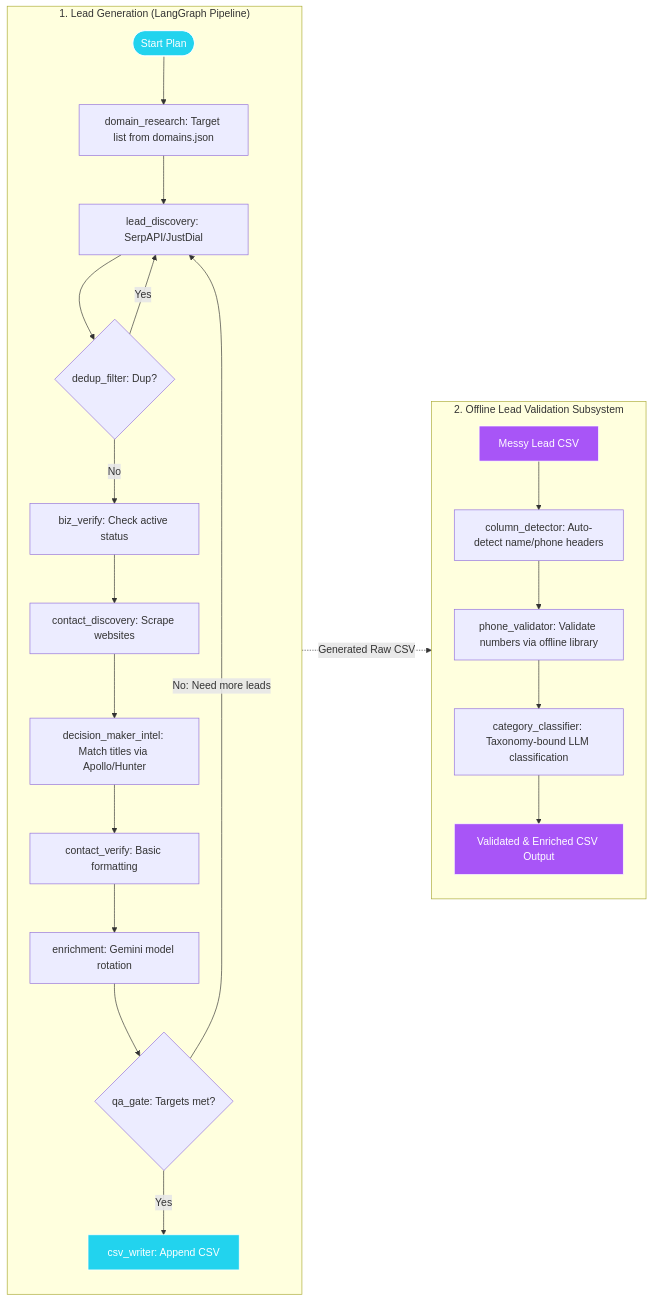
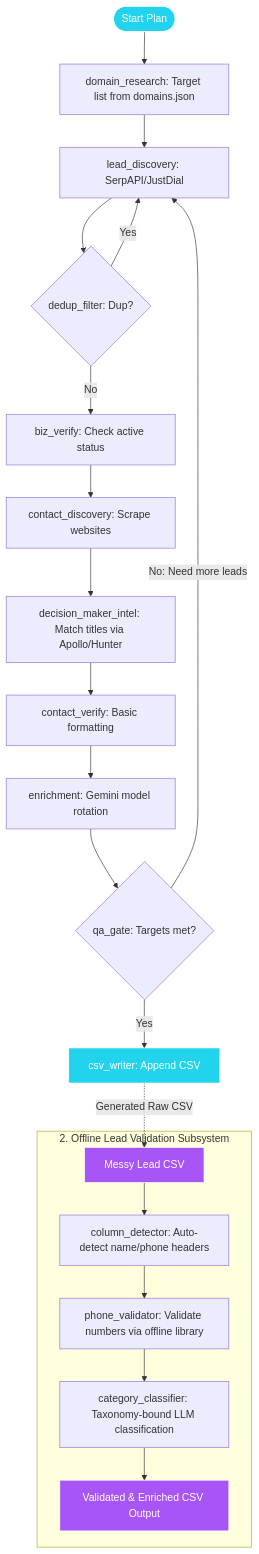
Before and after one commit to ayushX15/lead_management_system: the diagram in lead_management_system/scrape_and_validate_kit/README.md, drawn with Mermaid.

Commit message:
Update: Sync latest files - 2026-07-18 01:53:12

````diff
--- a/lead_management_system/scrape_and_validate_kit/README.md
+++ b/lead_management_system/scrape_and_validate_kit/README.md
@@ -18,41 +18,37 @@
 ```mermaid
-graph LR
-    subgraph Lead_Gen_Pipeline ["1. Lead Generation (LangGraph Pipeline)"]
-        direction TB
-        %% Row 1: Plan & Discover
-        Start([Start Plan]) --> Research[domain_research: Target list from domains.json]
-        Research --> Discovery[lead_discovery: SerpAPI/JustDial]
-        Discovery --> Dedup{dedup_filter: Dup?}
-        
-        Dedup -->|Yes| Discovery
-        Dedup -->|No| Verify[biz_verify: Check active status]
+graph TD
+    %% Row 1: Plan & Discover
+    Start([Start Plan]) --> Research[domain_research: Target list from domains.json]
+    Research --> Discovery[lead_discovery: SerpAPI/JustDial]
+    Discovery --> Dedup{dedup_filter: Dup?}
+    
+    Dedup -->|Yes| Discovery
+    Dedup -->|No| Verify[biz_verify: Check active status]
 
-        %% Row 2: Scraping & Intelligence
-        Verify --> Contacts[contact_discovery: Scrape websites]
-        Contacts --> Intel[decision_maker_intel: Match titles via Apollo/Hunter]
-        Intel --> PhoneVal[contact_verify: Basic formatting]
-        PhoneVal --> Enrich[enrichment: Gemini model rotation]
+    %% Row 2: Scraping & Intelligence
+    Verify --> Contacts[contact_discovery: Scrape websites]
+    Contacts --> Intel[decision_maker_intel: Match titles via Apollo/Hunter]
+    Intel --> PhoneVal[contact_verify: Basic formatting]
+    PhoneVal --> Enrich[enrichment: Gemini model rotation]
 
-        %% Row 3: QA Gate & Save
-        Enrich --> QAGate{qa_gate: Targets met?}
-        QAGate -->|No: Need more leads| Discovery
-        QAGate -->|Yes| Writer[csv_writer: Append CSV]
-    end
+    %% Row 3: QA Gate & Save
+    Enrich --> QAGate{qa_gate: Targets met?}
+    QAGate -->|No: Need more leads| Discovery
+    QAGate -->|Yes| Writer[csv_writer: Append CSV]
 
+    %% Connection to validation
+    Writer -.->|Generated Raw CSV| RawCSV[Messy Lead CSV]
+    
     subgraph Lead_Val_System ["2. Offline Lead Validation Subsystem"]
-        direction TB
-        RawCSV[Messy Lead CSV] --> Detector[column_detector: Auto-detect name/phone headers]
+        RawCSV --> Detector[column_detector: Auto-detect name/phone headers]
         Detector --> OfflinePhone[phone_validator: Validate numbers via offline library]
         OfflinePhone --> Classifier[category_classifier: Taxonomy-bound LLM classification]
         Classifier --> CleanCSV[Validated & Enriched CSV Output]
     end
-
-    %% Flow connection to bridge them side-by-side
-    Writer -.->|Generated Raw CSV| RawCSV
 
     %% Styles
     style Start fill:#22d3ee,stroke:#fff,stroke-width:1px,color:#fff
     style Writer fill:#22d3ee,stroke:#fff,stroke-width:1px,color:#fff
     style RawCSV fill:#a855f7,stroke:#fff,stroke-width:1px,color:#fff
     style CleanCSV fill:#a855f7,stroke:#fff,stroke-width:1px,color:#fff
 ```
````
